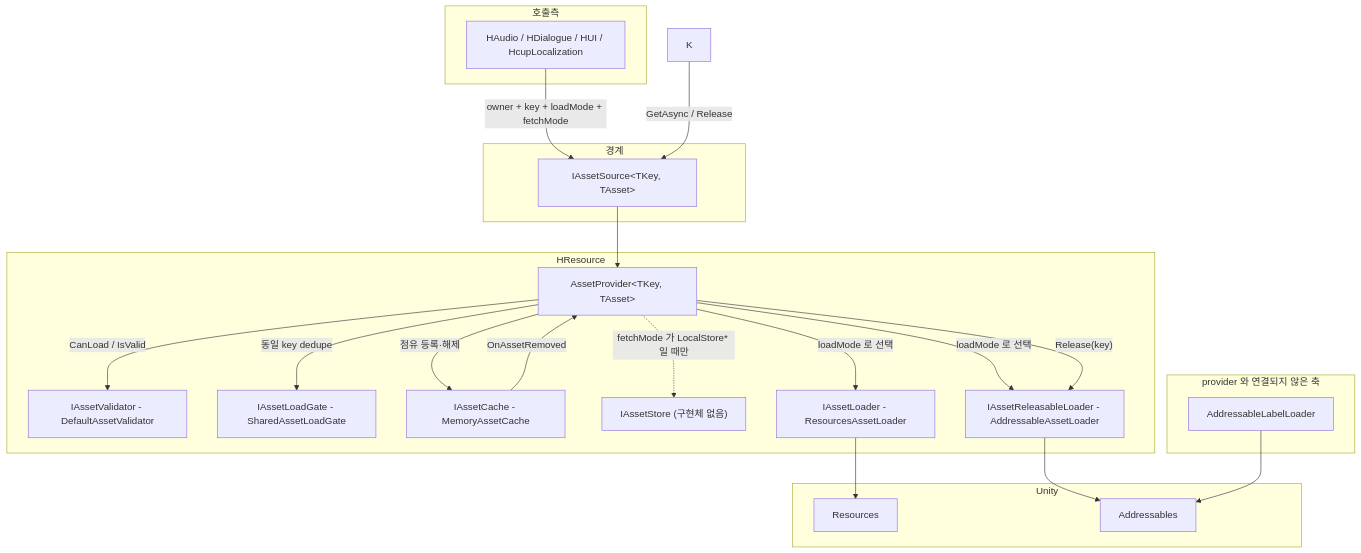
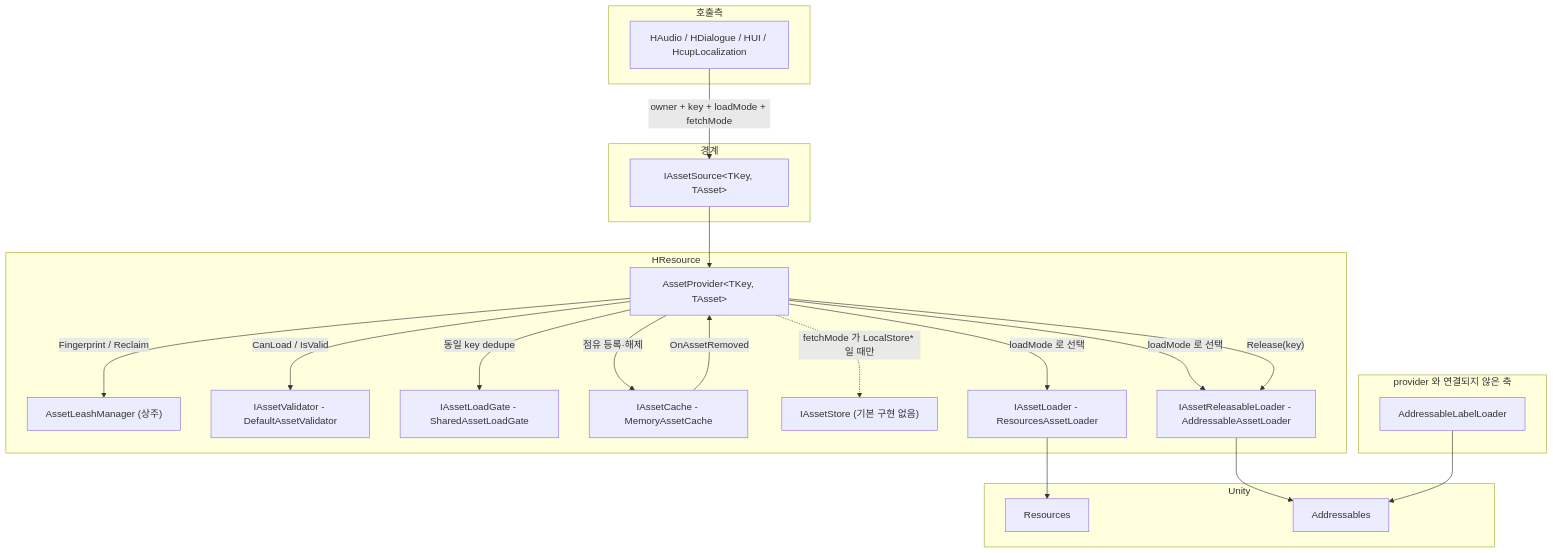
The first of 3 diagrams in HResource/Runtime/README.md (HoHong123/HCUP-Unity), drawn with Mermaid before and after one commit. The commit also changed other lines of this file, not shown here.

````diff
--- a/HResource/Runtime/README.md
+++ b/HResource/Runtime/README.md
@@ -69,40 +58,41 @@
 ```mermaid
 flowchart TD
     subgraph 호출측
     A["HAudio / HDialogue / HUI / HcupLocalization"]
     end
     subgraph 경계
     B["IAssetSource&lt;TKey, TAsset&gt;"]
     end
     subgraph HResource
     C["AssetProvider&lt;TKey, TAsset&gt;"]
+    N["AssetLeashManager (상주)"]
     D["IAssetValidator - DefaultAssetValidator"]
     E["IAssetLoadGate - SharedAssetLoadGate"]
     F["IAssetCache - MemoryAssetCache"]
-    G["IAssetStore (구현체 없음)"]
+    G["IAssetStore (기본 구현 없음)"]
     H["IAssetLoader - ResourcesAssetLoader"]
     I["IAssetReleasableLoader - AddressableAssetLoader"]
     end
     subgraph 별도축["provider 와 연결되지 않은 축"]
     J["AddressableLabelLoader"]
     end
     subgraph Unity
     L["Resources"]
     M["Addressables"]
     end
 
     A -->|"owner + key + loadMode + fetchMode"| B
     B --> C
+    C -->|"Fingerprint / Reclaim"| N
     C -->|"CanLoad / IsValid"| D
     C -->|"동일 key dedupe"| E
     C -->|"점유 등록·해제"| F
     C -.->|"fetchMode 가 LocalStore* 일 때만"| G
     C -->|"loadMode 로 선택"| H
     C -->|"loadMode 로 선택"| I
     F -->|"OnAssetRemoved"| C
     C -->|"Release(key)"| I
     H --> L
     I --> M
     J --> M
-    K -->|"GetAsync / Release"| B
 ```
````
